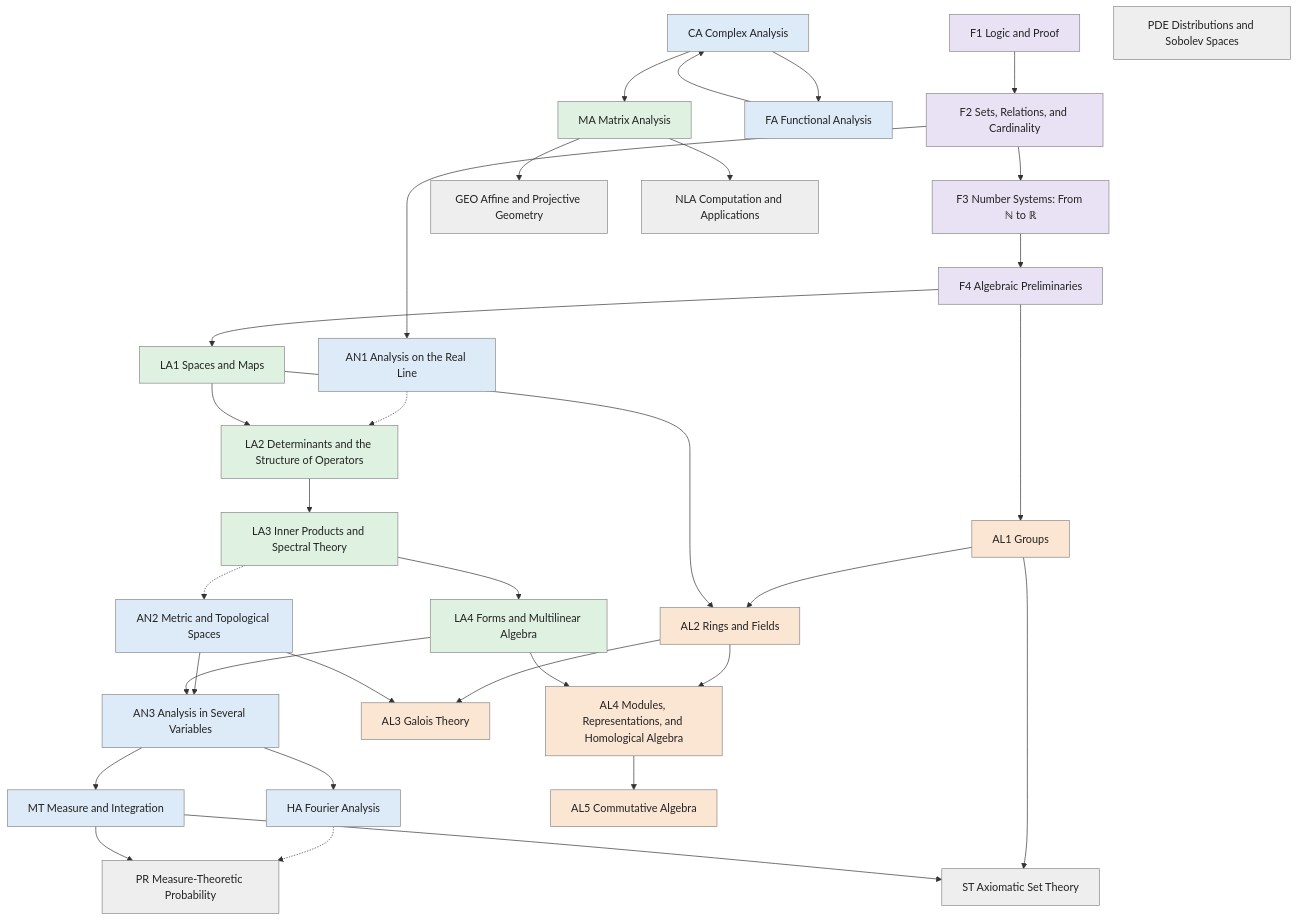
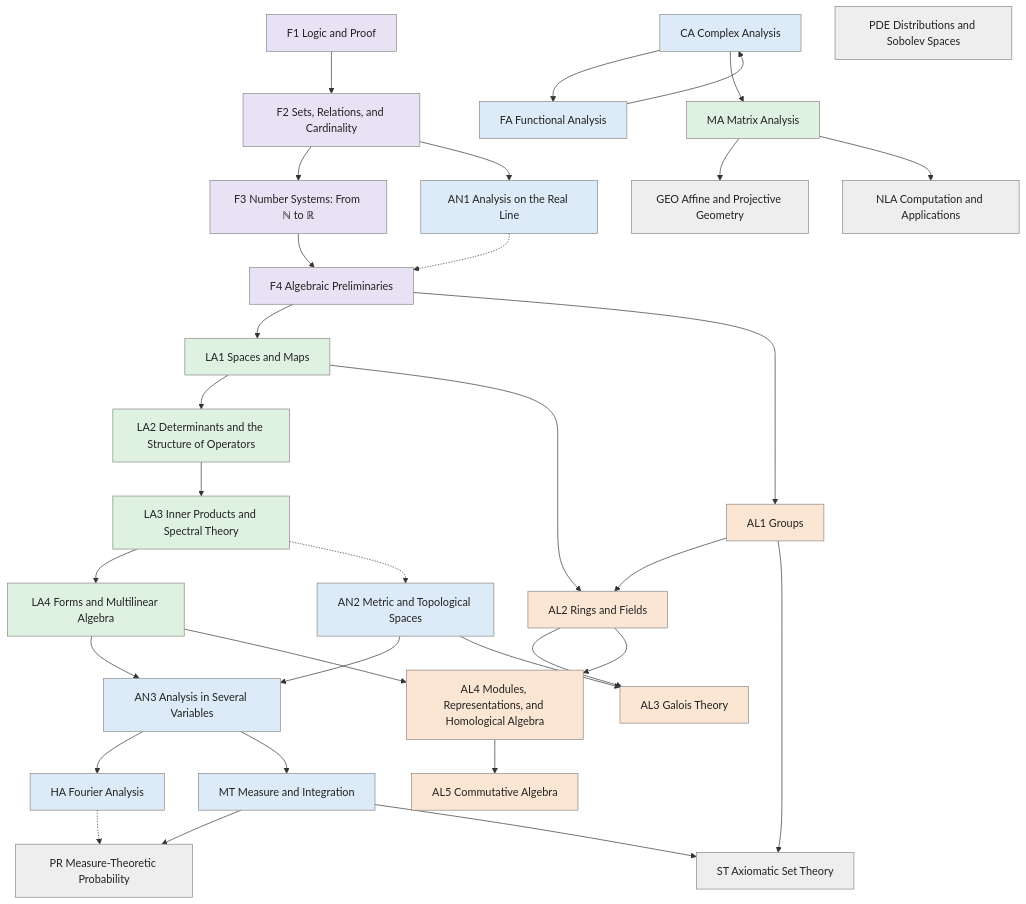
The diagram in generated/volumes.mmd (AkizumiFox/math-atlas), drawn with Mermaid before and after one commit. The commit also changed 15 other files, not shown here.

```diff
--- a/generated/volumes.mmd
+++ b/generated/volumes.mmd
@@ -1,63 +1,63 @@
 flowchart TD
   F1["F1 Logic and Proof"]:::found
   F2["F2 Sets, Relations, and Cardinality"]:::found
   F3["F3 Number Systems: From ℕ to ℝ"]:::found
   F4["F4 Algebraic Preliminaries"]:::found
   AN1["AN1 Analysis on the Real Line"]:::analysis
   LA1["LA1 Spaces and Maps"]:::linalg
   AL1["AL1 Groups"]:::algebra
   LA2["LA2 Determinants and the Structure of Operators"]:::linalg
   LA3["LA3 Inner Products and Spectral Theory"]:::linalg
   LA4["LA4 Forms and Multilinear Algebra"]:::linalg
   AN2["AN2 Metric and Topological Spaces"]:::analysis
   AN3["AN3 Analysis in Several Variables"]:::analysis
   AL2["AL2 Rings and Fields"]:::algebra
   AL3["AL3 Galois Theory"]:::algebra
   HA["HA Fourier Analysis"]:::analysis
   MT["MT Measure and Integration"]:::analysis
   CA["CA Complex Analysis"]:::analysis
   FA["FA Functional Analysis"]:::analysis
   AL4["AL4 Modules, Representations, and Homological Algebra"]:::algebra
   AL5["AL5 Commutative Algebra"]:::algebra
   MA["MA Matrix Analysis"]:::linalg
   PR["PR Measure-Theoretic Probability"]:::side
   PDE["PDE Distributions and Sobolev Spaces"]:::side
   GEO["GEO Affine and Projective Geometry"]:::side
   NLA["NLA Computation and Applications"]:::side
   ST["ST Axiomatic Set Theory"]:::side
   F1 --> F2
   F2 --> F3
+  AN1 -.-> F4
   F3 --> F4
   F2 --> AN1
   F4 --> LA1
   F4 --> AL1
-  AN1 -.-> LA2
   LA1 --> LA2
   LA2 --> LA3
   LA3 --> LA4
   LA3 -.-> AN2
   AN2 --> AN3
   LA4 --> AN3
   AL1 --> AL2
   LA1 --> AL2
   AL2 --> AL3
   AN2 --> AL3
   AN3 --> HA
   AN3 --> MT
   FA --> CA
   CA --> FA
   AL2 --> AL4
   LA4 --> AL4
   AL4 --> AL5
   CA --> MA
   HA -.-> PR
   MT --> PR
   MA --> GEO
   MA --> NLA
   AL1 --> ST
   MT --> ST
   classDef found fill:#e8e2f4,stroke:#888,color:#222
   classDef analysis fill:#dcebf7,stroke:#888,color:#222
   classDef linalg fill:#dff2e1,stroke:#888,color:#222
   classDef algebra fill:#fbe6d4,stroke:#888,color:#222
   classDef side fill:#eeeeee,stroke:#888,color:#222
```
